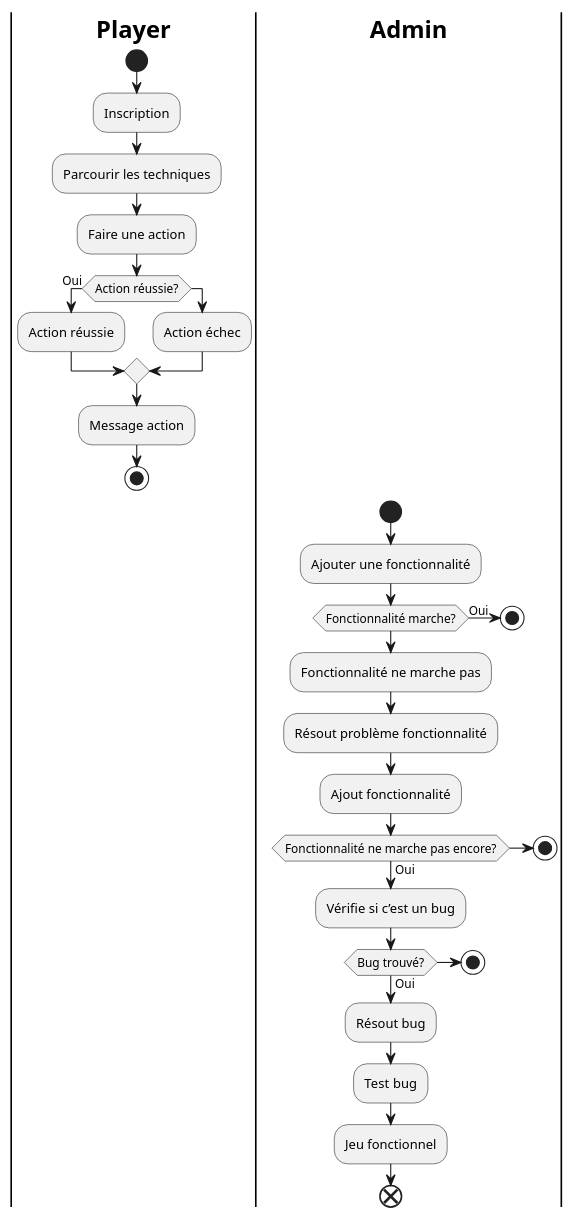
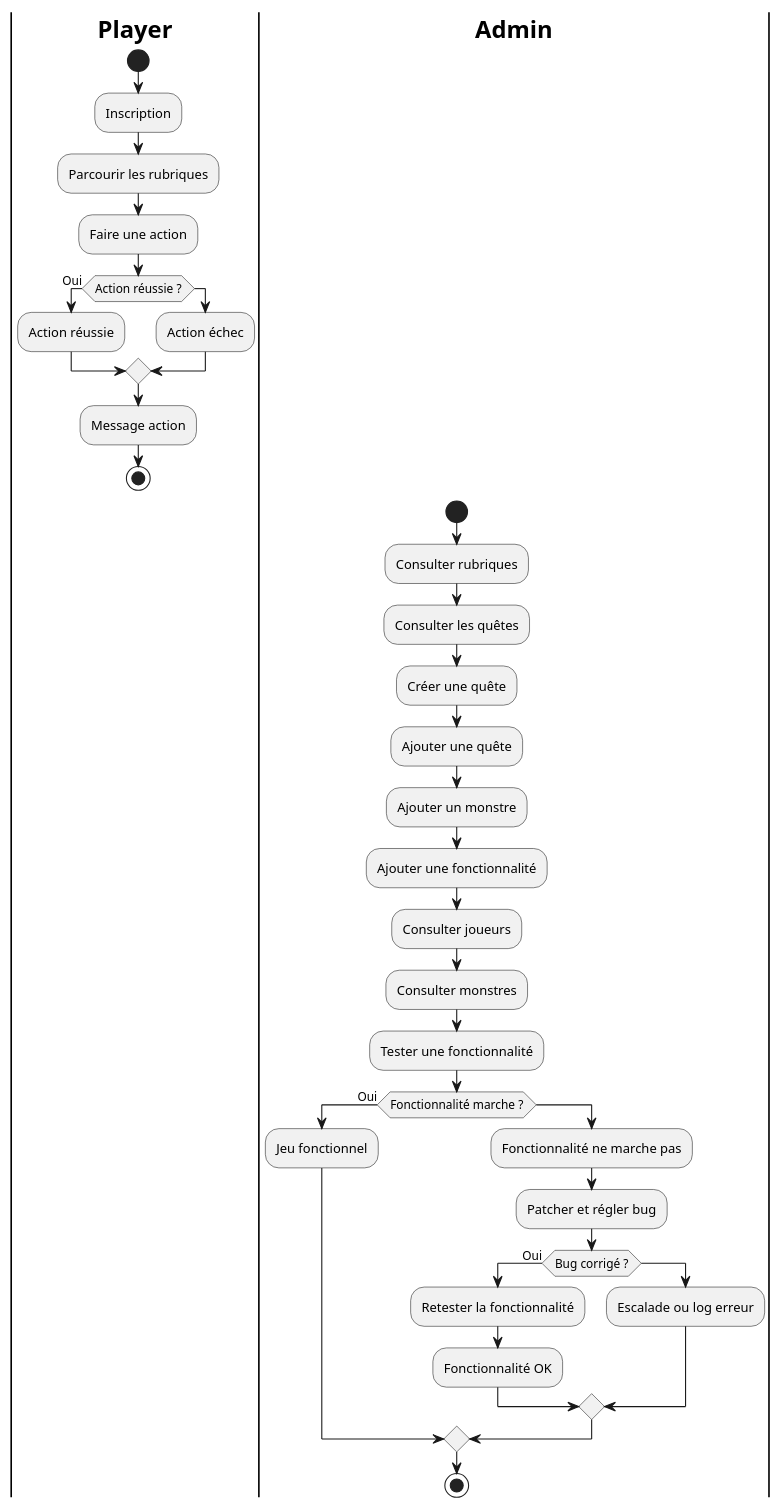
The diagram in Uml/diagramme _sequence_gobland.puml (samirb80440/StagecdagoblandV2), drawn with PlantUML before and after one commit. The commit also changed 5 other files, not shown here.

Commit message:
changement diagramme doit rajouter si erreur

```diff
--- a/Uml/diagramme _sequence_gobland.puml
+++ b/Uml/diagramme _sequence_gobland.puml
@@ -1,42 +1,44 @@
 @startuml sequence
 |= Player |
 start
 :Inscription;
-:Parcourir les techniques;
+:Parcourir les rubriques;
 :Faire une action;
 
-if (Action réussie?) then (Oui)
+if (Action réussie ?) then (Oui)
   :Action réussie;
 else
   :Action échec;
 endif
+
 :Message action;
 stop
 
 |= Admin |
 start
+:Consulter rubriques;
+:Consulter les quêtes;
+:Créer une quête;
+:Ajouter une quête;
+:Ajouter un monstre;
 :Ajouter une fonctionnalité;
+:Consulter joueurs;
+:Consulter monstres;
 
-if (Fonctionnalité marche?) then (Oui)
-  stop
+:Tester une fonctionnalité;
+
+if (Fonctionnalité marche ?) then (Oui)
+  :Jeu fonctionnel;
 else
   :Fonctionnalité ne marche pas;
-  :Résout problème fonctionnalité;
-  :Ajout fonctionnalité;
+  :Patcher et régler bug;
 
-  if (Fonctionnalité ne marche pas encore?) then (Oui)
-    :Vérifie si c’est un bug;
-
-    if (Bug trouvé?) then (Oui)
-      :Résout bug;
-      :Test bug;
-      :Jeu fonctionnel;
-    else
-      stop
-    endif
+  if (Bug corrigé ?) then (Oui)
+    :Retester la fonctionnalité;
+    :Fonctionnalité OK;
   else
-    stop
+    :Escalade ou log erreur;
   endif
 endif
-end
+stop
 @enduml
```
